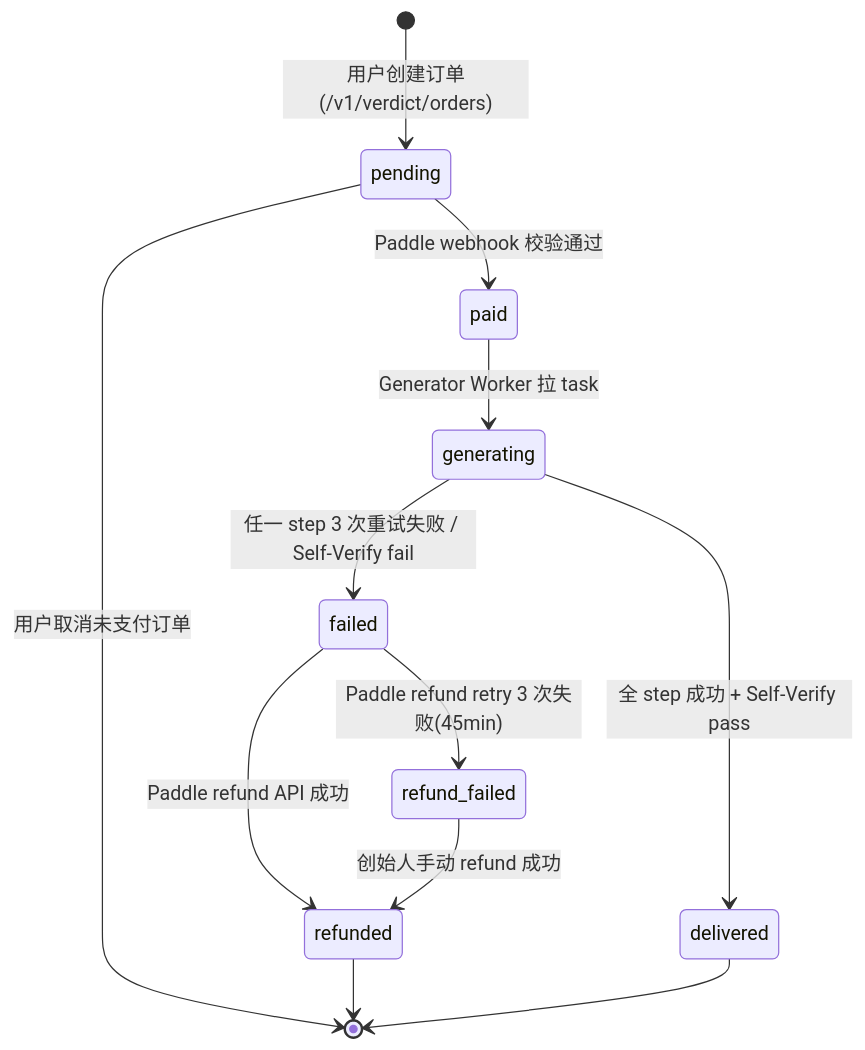
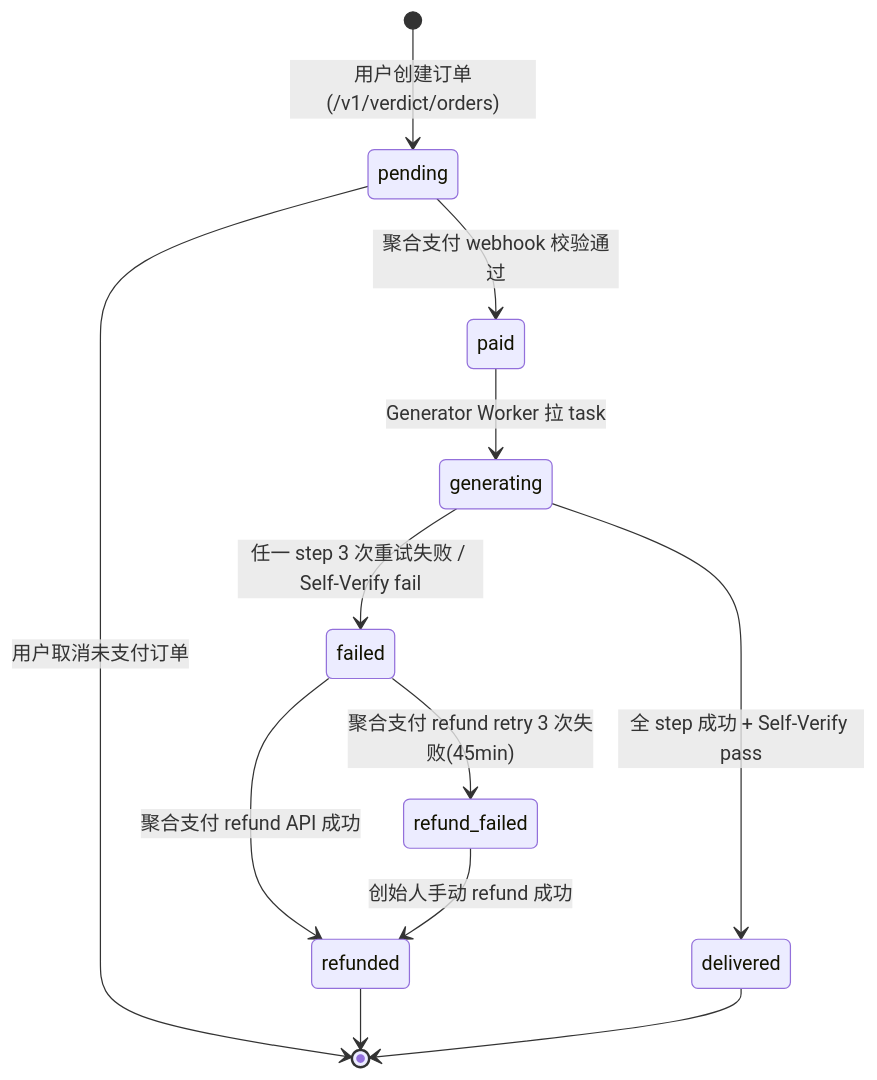
Before and after one commit to kitesky/idcd: the first of 11 diagrams in docs/prd/STATE-MACHINES.md, drawn with Mermaid. The commit also changed other lines of this file and 60 other files, not shown here.

````diff
--- a/docs/prd/STATE-MACHINES.md
+++ b/docs/prd/STATE-MACHINES.md
@@ -34,14 +34,14 @@
 ```mermaid
 stateDiagram-v2
     [*] --> pending: 用户创建订单(/v1/verdict/orders)
-    pending --> paid: Paddle webhook 校验通过
+    pending --> paid: 聚合支付 webhook 校验通过
     pending --> [*]: 用户取消未支付订单
     paid --> generating: Generator Worker 拉 task
     generating --> delivered: 全 step 成功 + Self-Verify pass
     generating --> failed: 任一 step 3 次重试失败 / Self-Verify fail
-    failed --> refunded: Paddle refund API 成功
-    failed --> refund_failed: Paddle refund retry 3 次失败(45min)
+    failed --> refunded: 聚合支付 refund API 成功
+    failed --> refund_failed: 聚合支付 refund retry 3 次失败(45min)
     refund_failed --> refunded: 创始人手动 refund 成功
     refunded --> [*]
     delivered --> [*]
 ```
````
